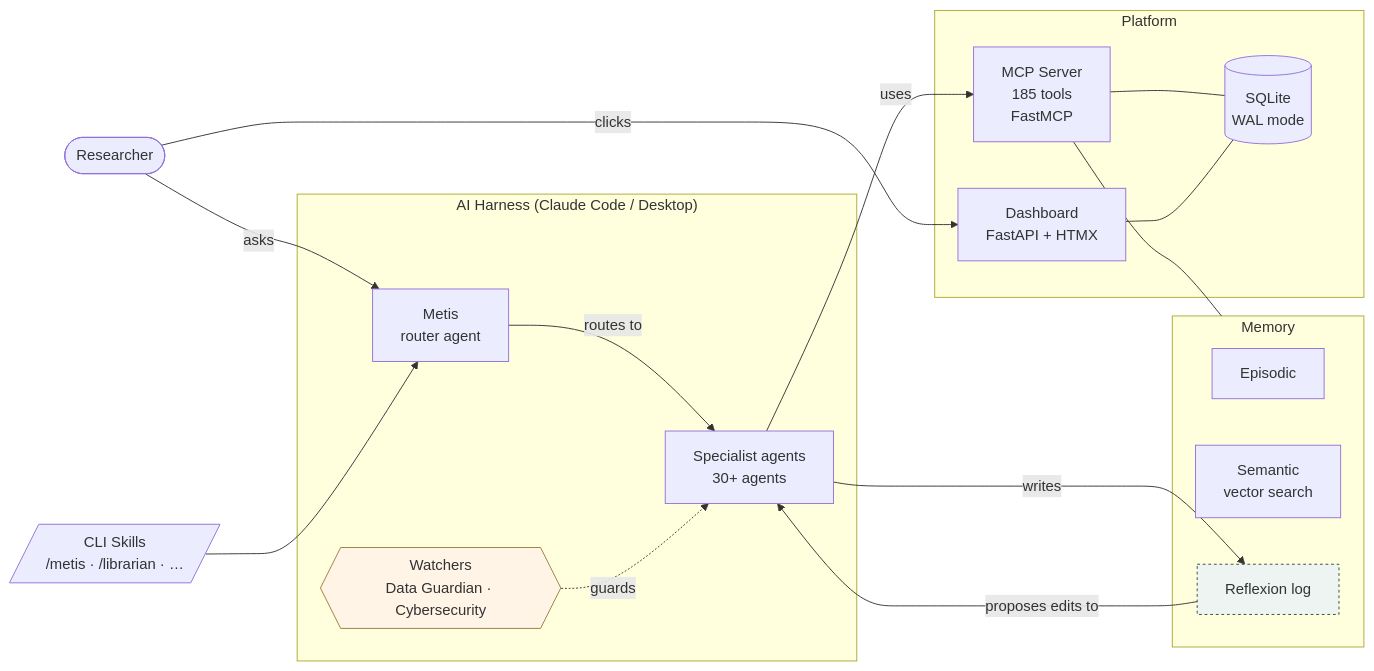
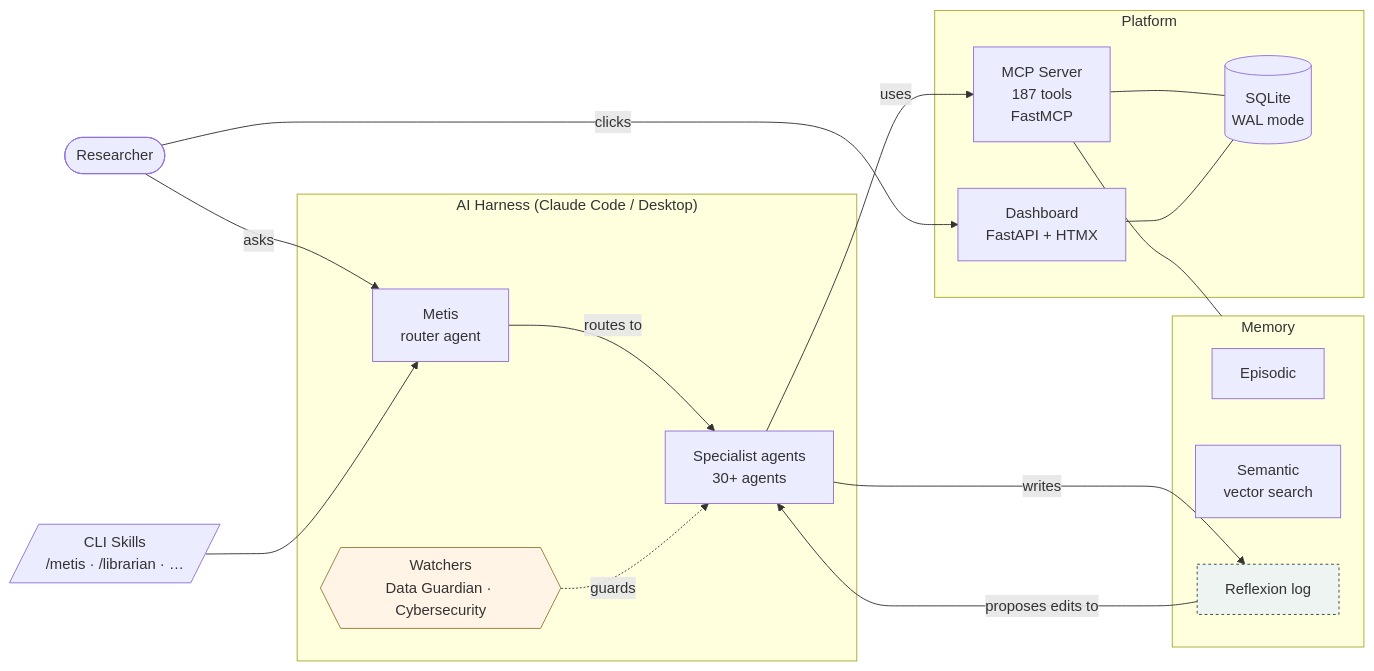
One commit to SVerITG/Metis changed the diagram in README.md. Above: the diagram before and after it, drawn with Mermaid. The commit also changed other lines of this file, not shown here.

````diff
--- a/README.md
+++ b/README.md
@@ -504,35 +504,35 @@
 ```mermaid
 flowchart LR
     U([Researcher])
     subgraph Harness["AI Harness (Claude Code / Desktop)"]
         METIS[Metis\nrouter agent]
         AGENTS[Specialist agents\n30+ agents]
         WATCHERS{{Watchers\nData Guardian · Cybersecurity}}
     end
     subgraph Platform
-        MCP[MCP Server\n185 tools\nFastMCP]
+        MCP[MCP Server\n187 tools\nFastMCP]
         DASH[Dashboard\nFastAPI + HTMX]
         DB[(SQLite\nWAL mode)]
     end
     subgraph Memory
         EPIS[Episodic]
         SEM[Semantic\nvector search]
         REFLEX[Reflexion log]
     end
     Skills[/CLI Skills\n/metis · /librarian · …/]
 
     U -->|asks| METIS
     U -->|clicks| DASH
     METIS -->|routes to| AGENTS
     AGENTS -->|uses| MCP
     MCP --- DB
     DASH --- DB
     WATCHERS -.guards.-> AGENTS
     AGENTS -->|writes| REFLEX
     REFLEX -->|proposes edits to| AGENTS
     MCP --- Memory
     Skills --> METIS
 
     style WATCHERS fill:#fff4e6,stroke:#9a7b3c
     style REFLEX fill:#eef4f1,stroke:#2d4a3a,stroke-dasharray:3 3
 ```
````
